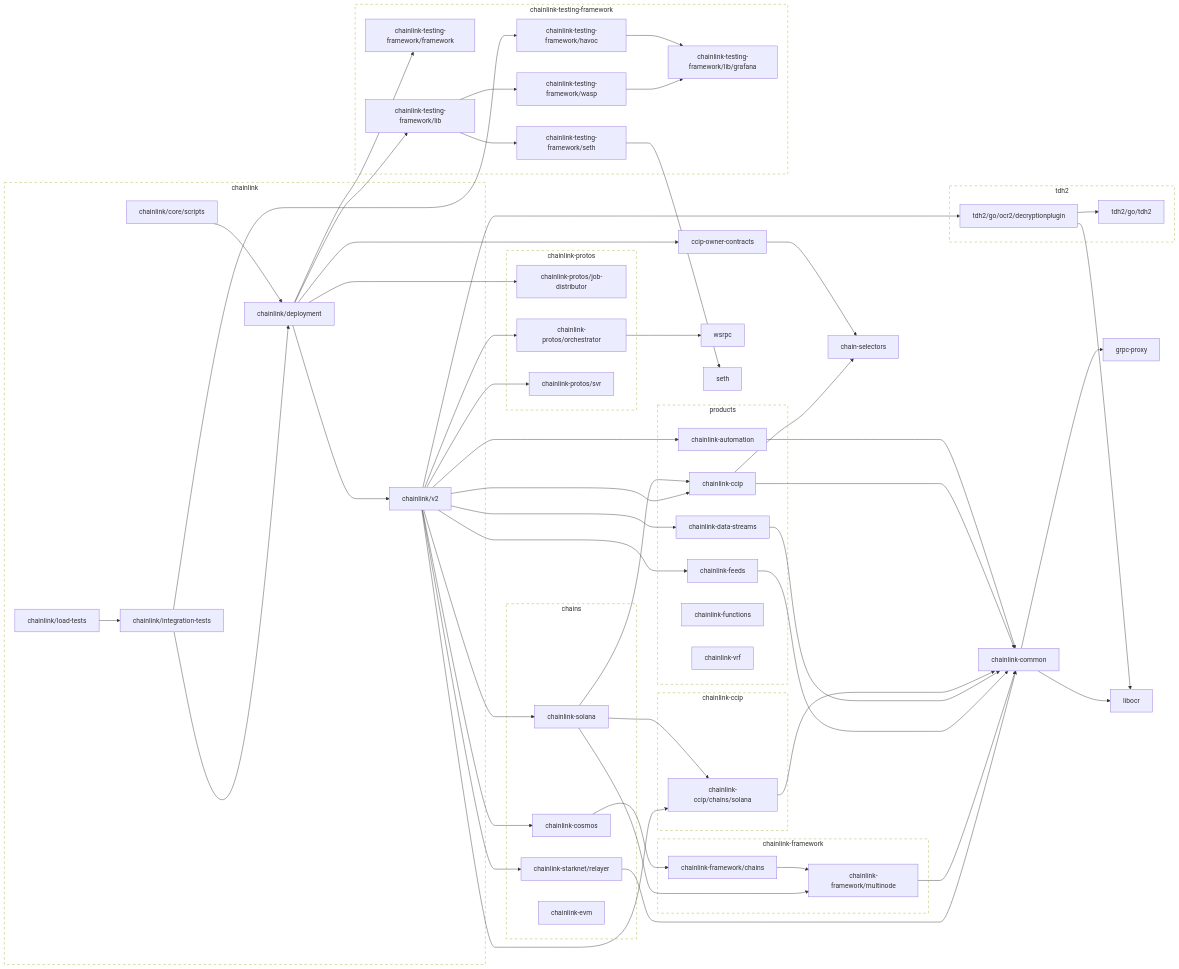
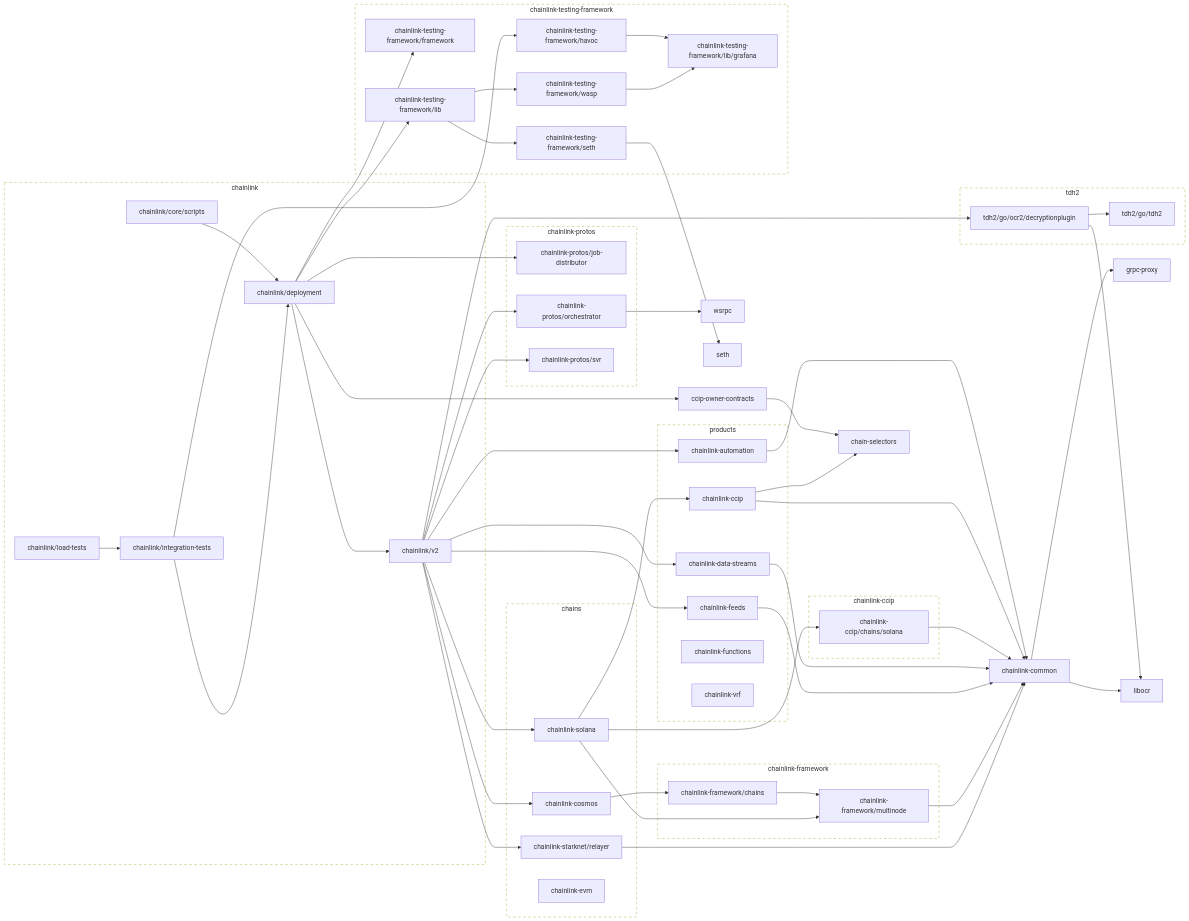
One commit to smartcontractkit/chainlink changed the second of 2 diagrams in go.md. Above: the diagram before and after it, drawn with Mermaid. The commit also changed other lines of this file, not shown here.

```diff
--- a/go.md
+++ b/go.md
@@ -189,8 +187,6 @@
 	chainlink/load-tests --> chainlink/integration-tests
 	click chainlink/load-tests href "https://github.com/smartcontractkit/chainlink"
 	chainlink/v2 --> chainlink-automation
-	chainlink/v2 --> chainlink-ccip
-	chainlink/v2 --> chainlink-ccip/chains/solana
 	chainlink/v2 --> chainlink-cosmos
 	chainlink/v2 --> chainlink-data-streams
 	chainlink/v2 --> chainlink-feeds
```
